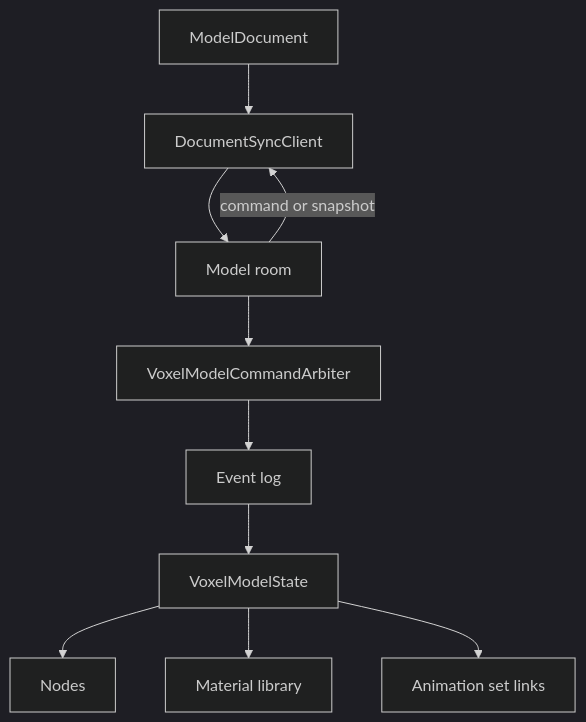
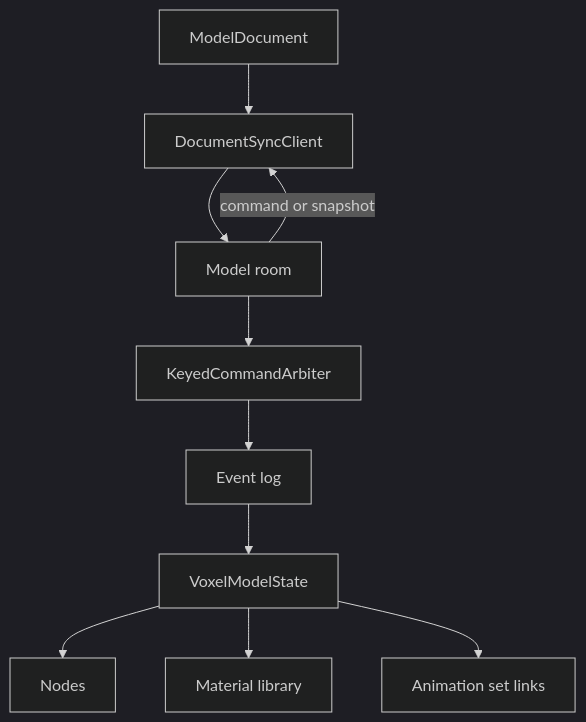
One commit to JollyPixel/editor changed the first of 3 diagrams in packages/assets/voxel-model/ARCHITECTURE.md. Above: the diagram before and after it, drawn with Mermaid (dark theme). The commit also changed 169 other files, not shown here.

Commit message:
chore(terrain): review M1 architecture (#1048)

````diff
--- a/packages/assets/voxel-model/ARCHITECTURE.md
+++ b/packages/assets/voxel-model/ARCHITECTURE.md
@@ -5,12 +5,12 @@
 ```mermaid
 flowchart TB
     Document["ModelDocument"] --> Sync["DocumentSyncClient"]
     Sync --> Room["Model room"]
-    Room --> Arbiter["VoxelModelCommandArbiter"]
+    Room --> Arbiter["KeyedCommandArbiter"]
     Arbiter --> Log["Event log"]
     Log --> State["VoxelModelState"]
     State --> Nodes["Nodes"]
     State --> Materials["Material library"]
     State --> Links["Animation set links"]
     Room -->|"command or snapshot"| Sync
 ```
````
